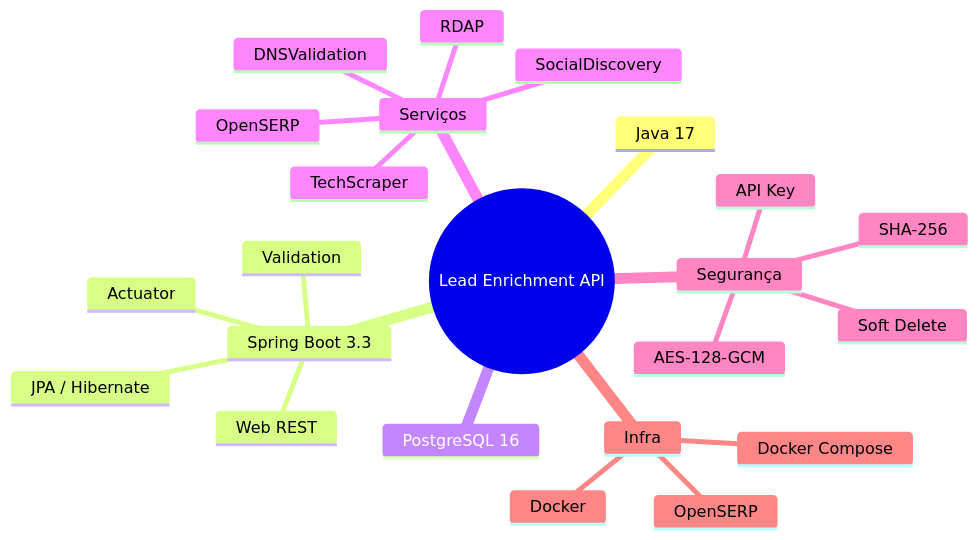
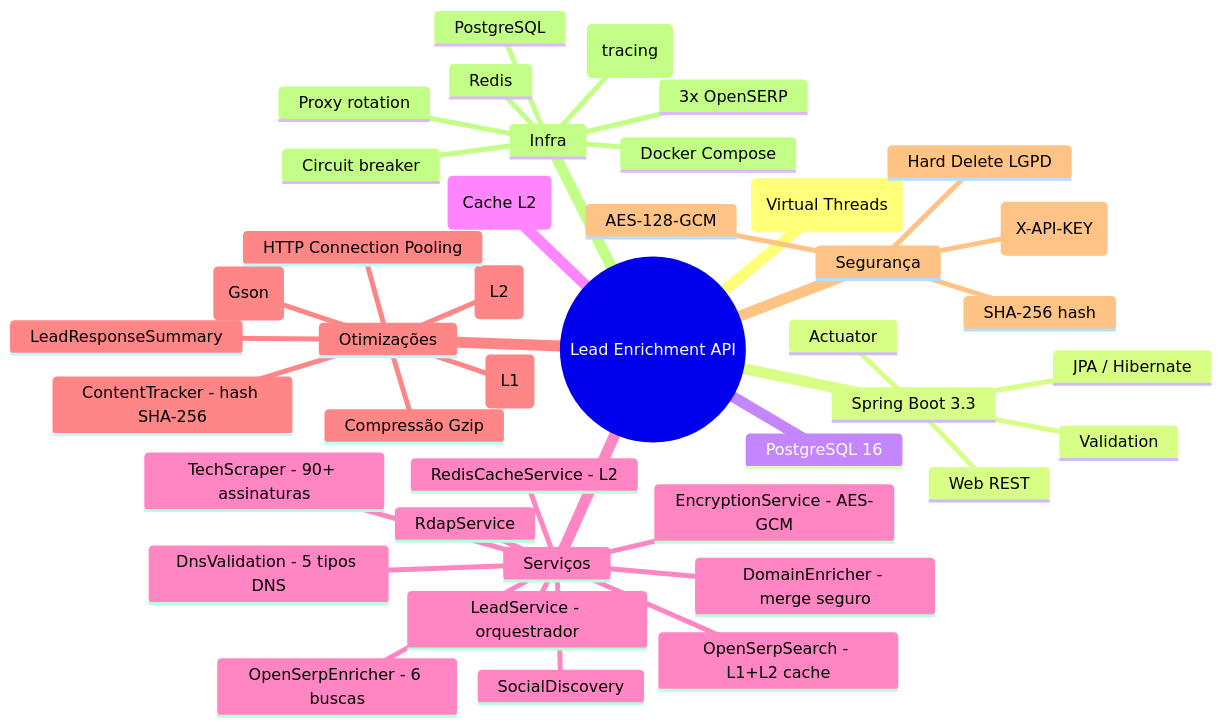
The diagram in docs/index.md (pdrodavi/lead-enrichment-api), drawn with Mermaid before and after one commit. The commit also changed other lines of this file and 34 other files, not shown here.

Commit message:
otimizado com cache e redis

````diff
--- a/docs/index.md
+++ b/docs/index.md
@@ -78,26 +89,44 @@
 ```mermaid
 mindmap
   root((Lead Enrichment API))
-    Java 17
+    Java 21 (Virtual Threads)
     Spring Boot 3.3
       Web REST
       JPA / Hibernate
       Actuator
       Validation
     PostgreSQL 16
+    Redis (Cache L2)
     Serviços
-      DNSValidation
-      TechScraper
+      LeadService - orquestrador
+      OpenSerpEnricher - 6 buscas
+      DomainEnricher - merge seguro
+      RedisCacheService - L2
+      DnsValidation - 5 tipos DNS
+      TechScraper - 90+ assinaturas
       SocialDiscovery
-      RDAP
-      OpenSERP
+      RdapService
+      OpenSerpSearch - L1+L2 cache
+      EncryptionService - AES-GCM
+    Otimizações
+      Cache Caffeine (L1)
+      Cache Redis (L2)
+      ContentTracker - hash SHA-256
+      HTTP Connection Pooling
+      Cópia defensiva (Gson)
+      Compressão Gzip
+      LeadResponseSummary
     Segurança
       AES-128-GCM
-      SHA-256
-      API Key
-      Soft Delete
+      SHA-256 hash
+      API Key (X-API-KEY)
+      Hard Delete LGPD
     Infra
-      Docker
       Docker Compose
-      OpenSERP
+      PostgreSQL
+      Redis
+      Jaeger (tracing)
+      3x OpenSERP
+      Proxy rotation
+      Circuit breaker
 ```
````
